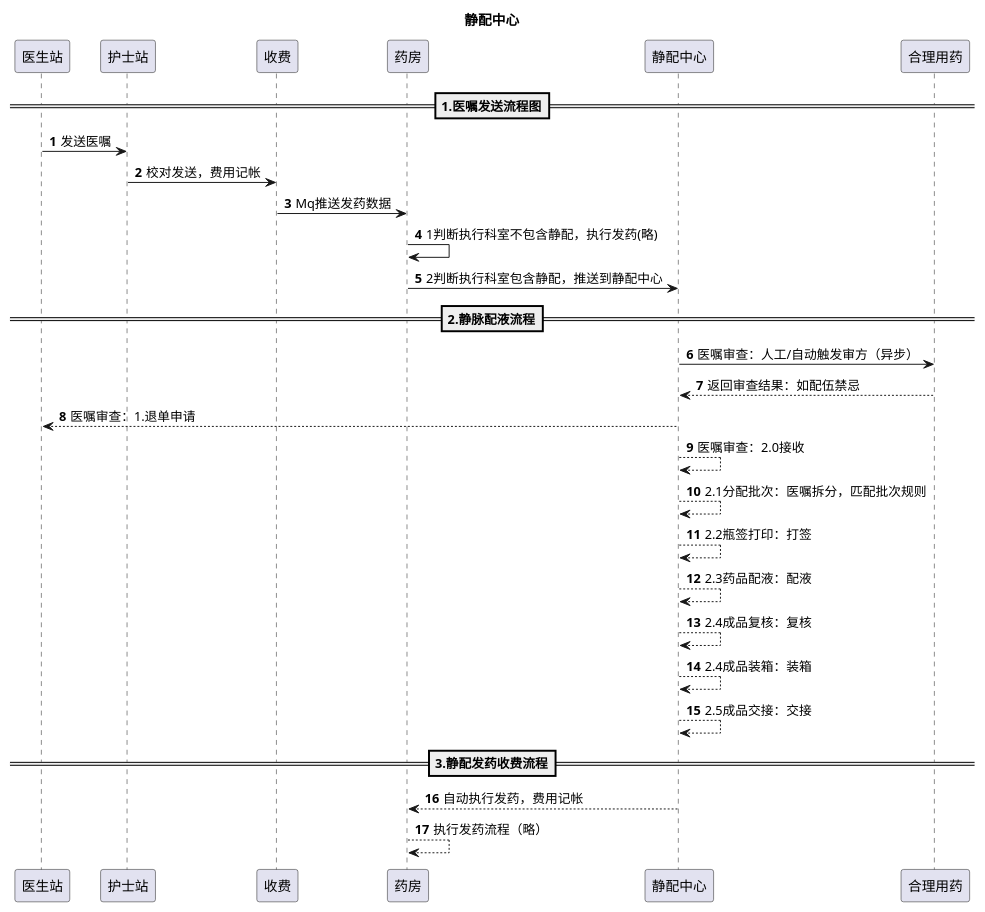
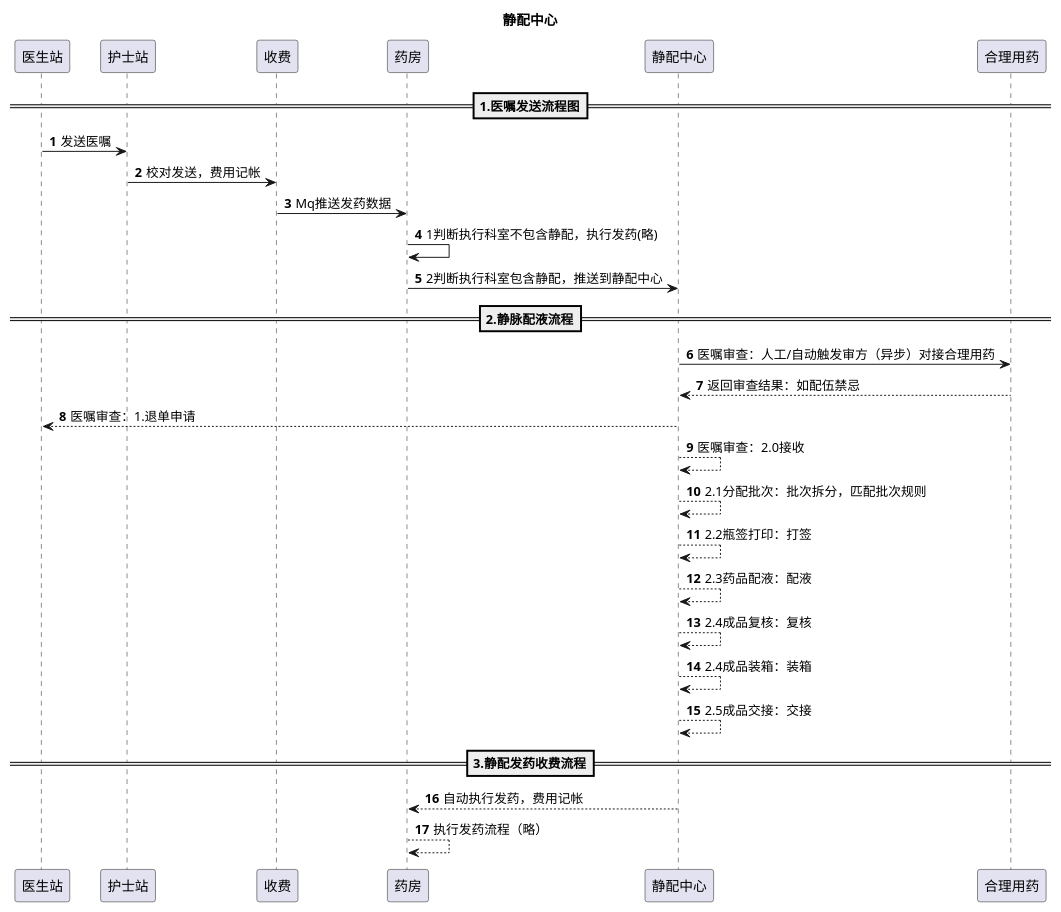
The diagram in uml/cnhis/静配中心.puml (aoheng/PlantUML), drawn with PlantUML before and after one commit.

Commit message:
feat:静配中心

```diff
--- a/uml/cnhis/静配中心.puml
+++ b/uml/cnhis/静配中心.puml
@@ -1,29 +1,29 @@
 @startuml
 'https://plantuml.com/sequence-diagram
 title 静配中心
 autonumber
 
 ==1.医嘱发送流程图==
 医生站 -> 护士站: 发送医嘱
 护士站 -> 收费: 校对发送，费用记帐
 收费 -> 药房: Mq推送发药数据
 药房 -> 药房: 1判断执行科室不包含静配，执行发药(略)
 药房 -> 静配中心: 2判断执行科室包含静配，推送到静配中心
 ==2.静脉配液流程==
-静配中心 -> 合理用药: 医嘱审查：人工/自动触发审方（异步）
+静配中心 -> 合理用药: 医嘱审查：人工/自动触发审方（异步）对接合理用药
 静配中心 <-- 合理用药: 返回审查结果：如配伍禁忌
 医生站 <-- 静配中心: 医嘱审查：1.退单申请
 静配中心 --> 静配中心: 医嘱审查：2.0接收
-静配中心 --> 静配中心: 2.1分配批次：医嘱拆分，匹配批次规则
+静配中心 --> 静配中心: 2.1分配批次：批次拆分，匹配批次规则
 静配中心 --> 静配中心: 2.2瓶签打印：打签
 静配中心 --> 静配中心: 2.3药品配液：配液
 静配中心 --> 静配中心: 2.4成品复核：复核
 静配中心 --> 静配中心: 2.4成品装箱：装箱
 静配中心 --> 静配中心: 2.5成品交接：交接
 ==3.静配发药收费流程==
 静配中心 --> 药房: 自动执行发药，费用记帐
 药房 --> 药房: 执行发药流程（略）
 
 
 
 @enduml
```
